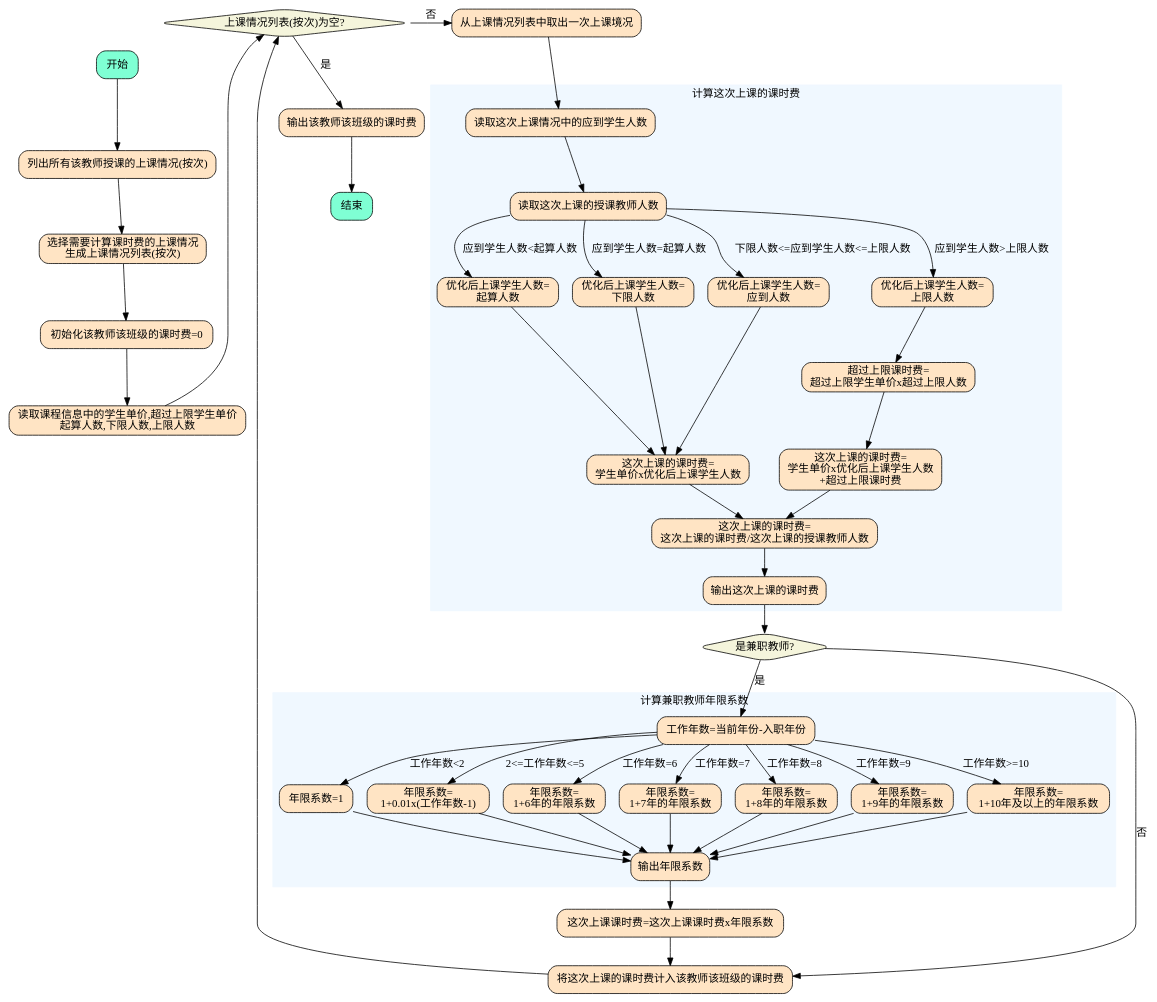
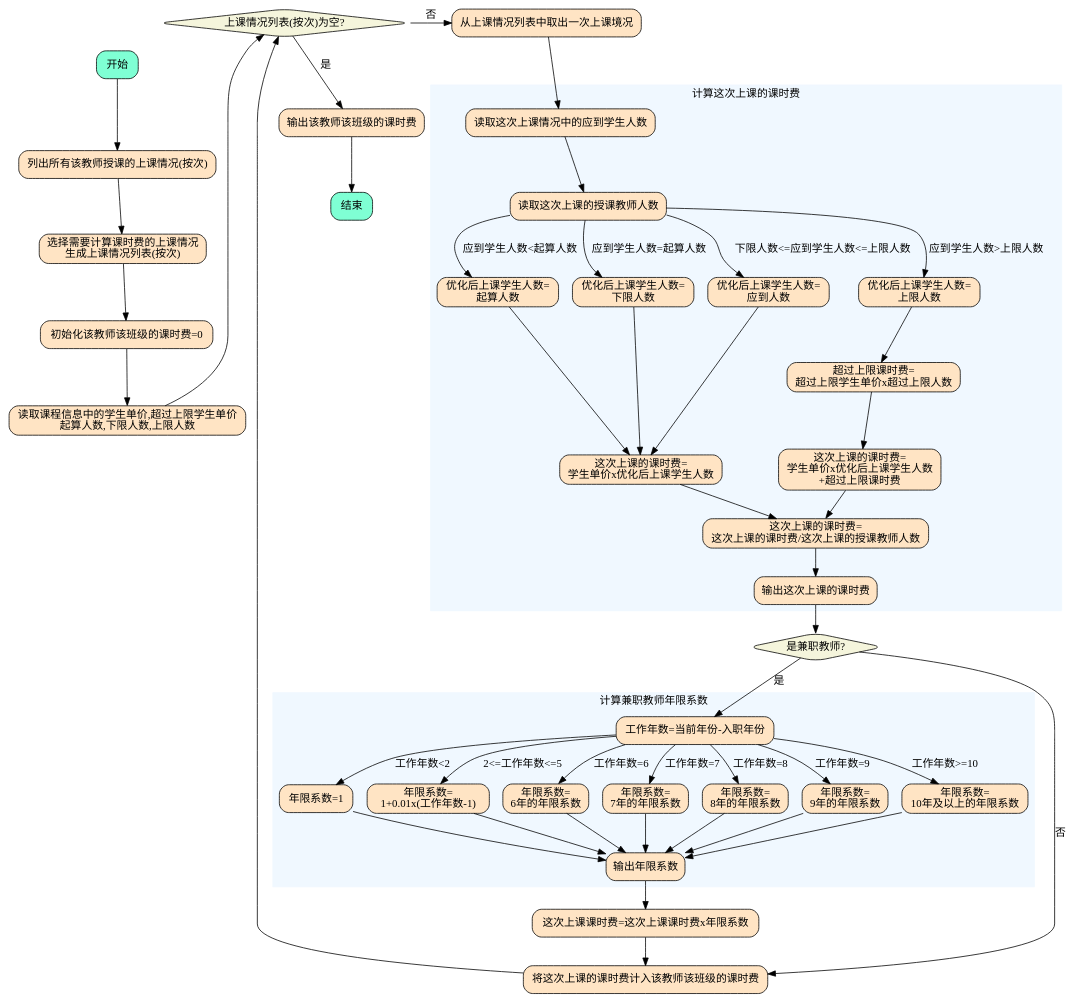
One commit to diandian888/mx-requirements changed the diagram in management-system/hr/pay/svg/02.dot. Above: the diagram before and after it, drawn with Graphviz. The commit also changed 1 other file, not shown here.

```diff
--- a/management-system/hr/pay/svg/02.dot
+++ b/management-system/hr/pay/svg/02.dot
@@ -1,107 +1,107 @@
 digraph {
     node [shape="box", style="rounded,filled", fillcolor="aquamarine"]
         start[label="开始"];
         end[label="结束"];
 
     node [shape="box", style="rounded,filled", fillcolor="bisque"]
         s1[label="列出所有该教师授课的上课情况(按次)"];
         s2[label="选择需要计算课时费的上课情况\n生成上课情况列表(按次)"];
         s3[label="初始化该教师该班级的课时费=0"];
         s4[label="读取课程信息中的学生单价,超过上限学生单价\n起算人数,下限人数,上限人数"];
         s5[label="从上课情况列表中取出一次上课境况"];
         s6[label="这次上课课时费=这次上课课时费x年限系数"];
         s7[label="将这次上课的课时费计入该教师该班级的课时费"];
         s8[label="输出该教师该班级的课时费"];
     
     node [shape="diamond", style="rounded,filled", fillcolor="beige"]
         c1[label="上课情况列表(按次)为空?"];
         c2[label="是兼职教师?"];
 
     subgraph cluster1 {
         label="计算这次上课的课时费";
         style="filled";
         color="aliceblue";
 
         node [shape="box", style="rounded,filled", fillcolor="bisque"]
             sub1_s1[label="读取这次上课情况中的应到学生人数"];
             sub1_s2[label="读取这次上课的授课教师人数"];
             sub1_s3_a[label="优化后上课学生人数=\n起算人数"];
             sub1_s3_b[label="优化后上课学生人数=\n下限人数"];
             sub1_s3_c[label="优化后上课学生人数=\n应到人数"];
             sub1_s3_d[label="优化后上课学生人数=\n上限人数"];
             sub1_s4[label="超过上限课时费=\n超过上限学生单价x超过上限人数"];
             sub1_s5_a[label="这次上课的课时费=\n学生单价x优化后上课学生人数"];
             sub1_s5_b[label="这次上课的课时费=\n学生单价x优化后上课学生人数\n+超过上限课时费"];
             sub1_s6[label="这次上课的课时费=\n这次上课的课时费/这次上课的授课教师人数"];
             sub1_s7[label="输出这次上课的课时费"];
 
         sub1_s1 -> sub1_s2;
         sub1_s2 -> sub1_s3_a[label="应到学生人数<起算人数"];
         sub1_s2 -> sub1_s3_b[label="应到学生人数=起算人数"];
         sub1_s2 -> sub1_s3_c[label="下限人数<=应到学生人数<=上限人数"];
         sub1_s2 -> sub1_s3_d[label="应到学生人数>上限人数"];
         sub1_s3_a -> sub1_s5_a;
         sub1_s3_b -> sub1_s5_a;
         sub1_s3_c -> sub1_s5_a;
         sub1_s5_a -> sub1_s6;
         sub1_s3_d -> sub1_s4 -> sub1_s5_b -> sub1_s6;
         sub1_s6 -> sub1_s7;
 
         {rank=same sub1_s3_a sub1_s3_b sub1_s3_c sub1_s3_d}
         {rank=same sub1_s5_a sub1_s5_b}
     }
 
     subgraph cluster2 {
         label="计算兼职教师年限系数";
         style="filled";
         color="aliceblue";
 
         node [shape="box", style="rounded,filled", fillcolor="bisque"]
             sub2_s1[label="工作年数=当前年份-入职年份"];
             sub2_s2_a[label="年限系数=1"]
             sub2_s2_b[label="年限系数=\n1+0.01x(工作年数-1)"];
-            sub2_s2_c[label="年限系数=\n1+6年的年限系数"];
-            sub2_s2_d[label="年限系数=\n1+7年的年限系数"];
-            sub2_s2_e[label="年限系数=\n1+8年的年限系数"];
-            sub2_s2_f[label="年限系数=\n1+9年的年限系数"];
-            sub2_s2_g[label="年限系数=\n1+10年及以上的年限系数"];
+            sub2_s2_c[label="年限系数=\n6年的年限系数"];
+            sub2_s2_d[label="年限系数=\n7年的年限系数"];
+            sub2_s2_e[label="年限系数=\n8年的年限系数"];
+            sub2_s2_f[label="年限系数=\n9年的年限系数"];
+            sub2_s2_g[label="年限系数=\n10年及以上的年限系数"];
             sub2_s3[label="输出年限系数"];
 
         sub2_s1 -> sub2_s2_a[label="工作年数<2"];
         sub2_s1 -> sub2_s2_b[label="2<=工作年数<=5"];
         sub2_s1 -> sub2_s2_c[label="工作年数=6"];
         sub2_s1 -> sub2_s2_d[label="工作年数=7"];
         sub2_s1 -> sub2_s2_e[label="工作年数=8"];
         sub2_s1 -> sub2_s2_f[label="工作年数=9"];
         sub2_s1 -> sub2_s2_g[label="工作年数>=10"];
 
         sub2_s2_a -> sub2_s3;
         sub2_s2_b -> sub2_s3;
         sub2_s2_c -> sub2_s3;
         sub2_s2_d -> sub2_s3;
         sub2_s2_e -> sub2_s3;
         sub2_s2_f -> sub2_s3;
         sub2_s2_g -> sub2_s3;
 
         {rank=same sub2_s2_a sub2_s2_b sub2_s2_c sub2_s2_d sub2_s2_e sub2_s2_f sub2_s2_g}
     } 
 
     start -> s1 -> s2 -> s3 -> s4;
     s4 -> c1;
 
     // 上课情况列表为空
     c1 -> s8[label="是"];
     s8 -> end;
 
     // 上课情况列表不为空
     // Use rank=source to make the c1 -> s5 and subgraphic(cluster1) top of the graph.
     {rank=source c1 -> s5[label="否"];}
     s5 -> sub1_s1;
 
     sub1_s7 -> c2;
     c2 -> sub2_s1[label="是"];
     c2 -> s7[label="否"];
 
     sub2_s3 -> s6;
     s6 -> s7 -> c1;
 }
```
